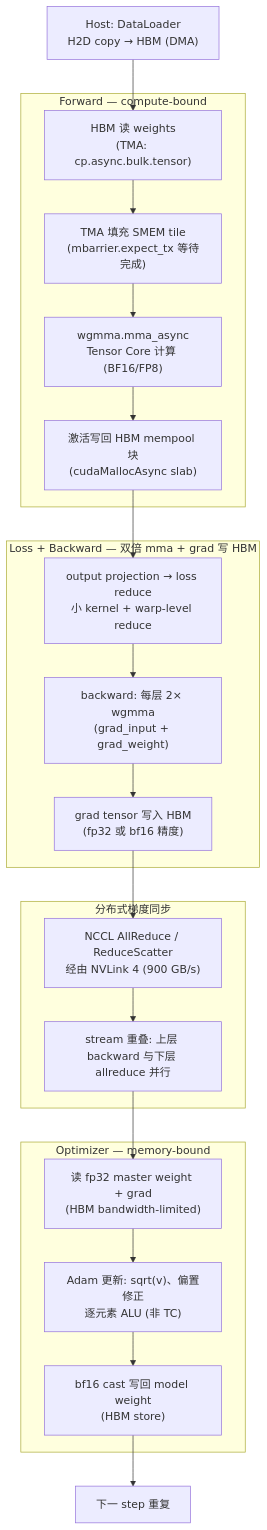
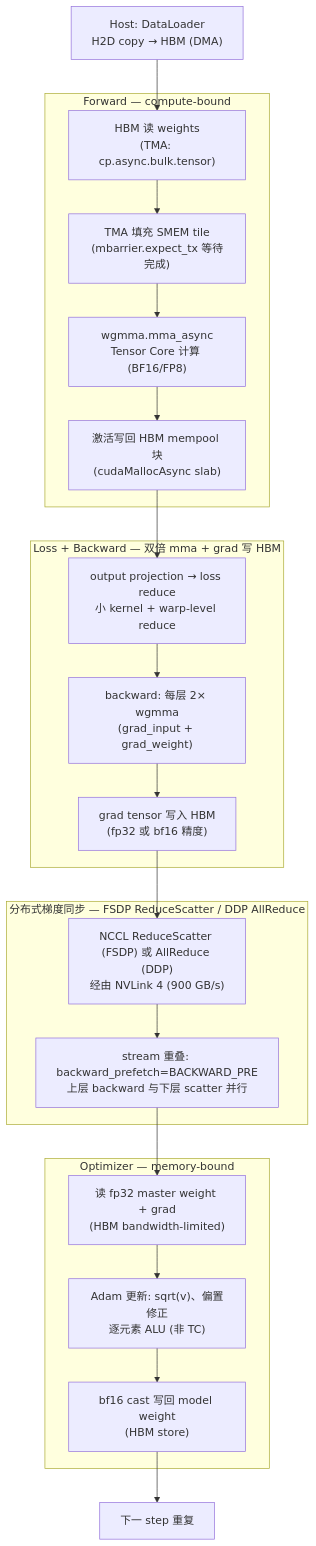
The first of 2 diagrams in docs/cuda-zh/23-training-end-to-end.md (qxhy123/gpu), drawn with Mermaid before and after one commit. The commit also changed other lines of this file, not shown here.

````diff
--- a/docs/cuda-zh/23-training-end-to-end.md
+++ b/docs/cuda-zh/23-training-end-to-end.md
@@ -17,36 +19,36 @@
 ```mermaid
 flowchart TB
     A["Host: DataLoader\nH2D copy → HBM (DMA)"] --> B
 
     subgraph FWD["Forward — compute-bound"]
         B["HBM 读 weights\n(TMA: cp.async.bulk.tensor)"] --> C
         C["TMA 填充 SMEM tile\n(mbarrier.expect_tx 等待完成)"] --> D
         D["wgmma.mma_async\nTensor Core 计算 (BF16/FP8)"] --> E
         E["激活写回 HBM mempool 块\n(cudaMallocAsync slab)"]
     end
 
     E --> F
 
     subgraph LOSS["Loss + Backward — 双倍 mma + grad 写 HBM"]
         F["output projection → loss reduce\n小 kernel + warp-level reduce"] --> G
         G["backward: 每层 2× wgmma\n(grad_input + grad_weight)"] --> H
         H["grad tensor 写入 HBM\n(fp32 或 bf16 精度)"]
     end
 
     H --> I
 
-    subgraph DIST["分布式梯度同步"]
-        I["NCCL AllReduce / ReduceScatter\n经由 NVLink 4 (900 GB/s)"] --> J
-        J["stream 重叠: 上层 backward 与下层 allreduce 并行"]
+    subgraph DIST["分布式梯度同步 — FSDP ReduceScatter / DDP AllReduce"]
+        I["NCCL ReduceScatter (FSDP) 或 AllReduce (DDP)\n经由 NVLink 4 (900 GB/s)"] --> J
+        J["stream 重叠: backward_prefetch=BACKWARD_PRE\n上层 backward 与下层 scatter 并行"]
     end
 
     J --> K
 
     subgraph OPT["Optimizer — memory-bound"]
         K["读 fp32 master weight + grad\n(HBM bandwidth-limited)"] --> L
         L["Adam 更新: sqrt(v)、偏置修正\n逐元素 ALU (非 TC)"] --> M
         M["bf16 cast 写回 model weight\n(HBM store)"]
     end
 
     M --> N["下一 step 重复"]
 ```
````
